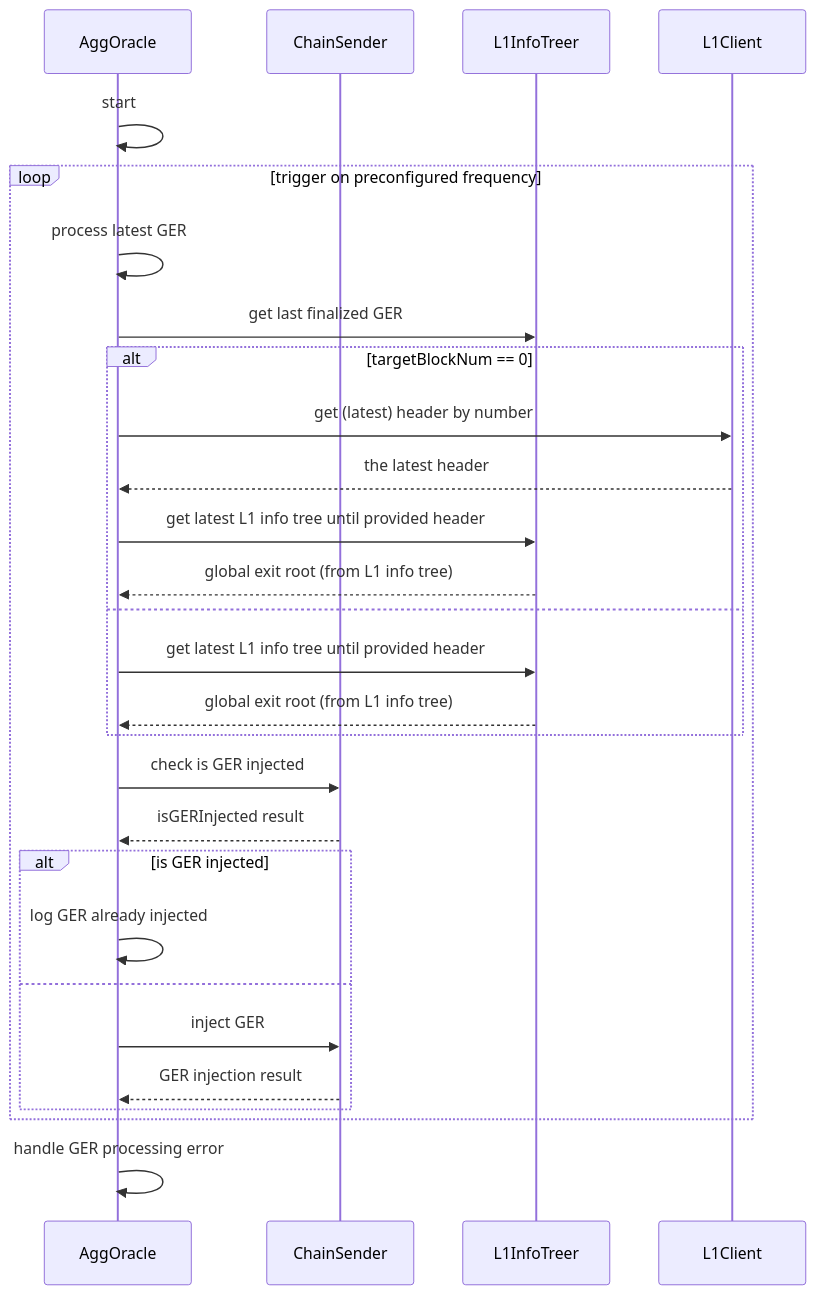
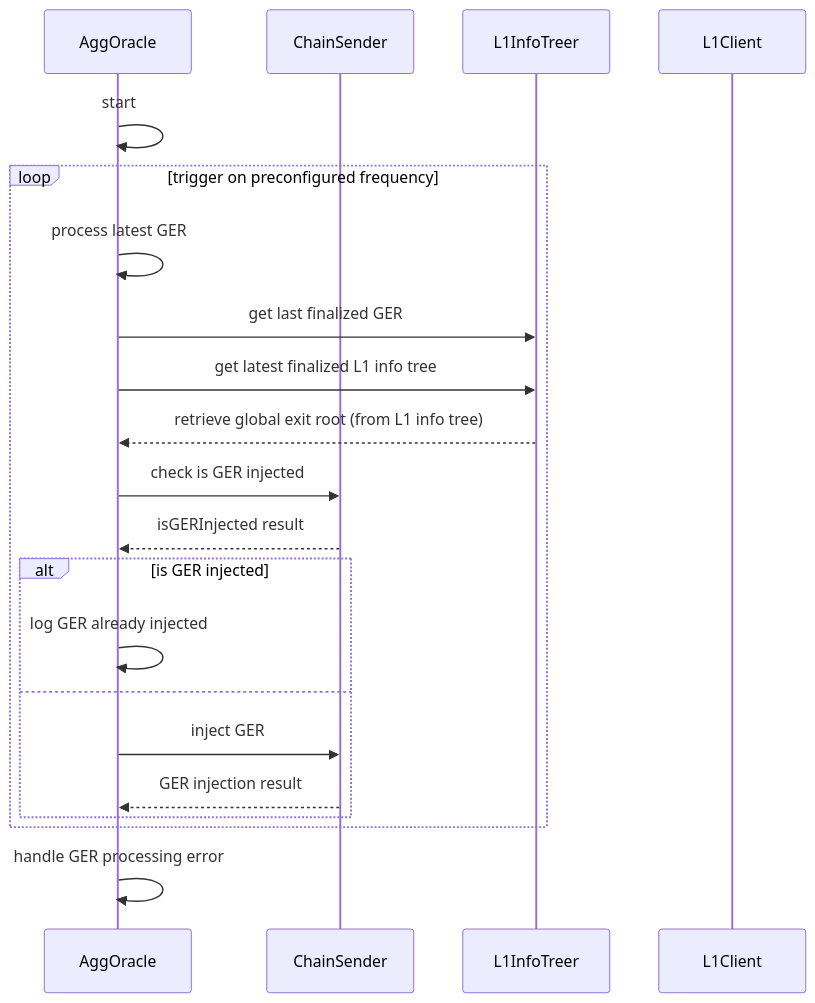
One commit to agglayer/aggkit changed the diagram in docs/aggoracle.md. Above: the diagram before and after it, drawn with Mermaid. The commit also changed other lines of this file, not shown here.

````diff
--- a/docs/aggoracle.md
+++ b/docs/aggoracle.md
@@ -40,31 +40,24 @@
 ```mermaid
 sequenceDiagram
     participant AggOracle
     participant ChainSender
     participant L1InfoTreer
     participant L1Client
 
     AggOracle->>AggOracle: start
     loop trigger on preconfigured frequency
         AggOracle->>AggOracle: process latest GER
         AggOracle->>L1InfoTreer: get last finalized GER
-        alt targetBlockNum == 0
-            AggOracle->>L1Client: get (latest) header by number
-            L1Client-->>AggOracle: the latest header
-            AggOracle->>L1InfoTreer: get latest L1 info tree until provided header
-            L1InfoTreer-->>AggOracle: global exit root (from L1 info tree)
-        else
-            AggOracle->>L1InfoTreer: get latest L1 info tree until provided header
-            L1InfoTreer-->>AggOracle: global exit root (from L1 info tree)
-        end
+        AggOracle->>L1InfoTreer: get latest finalized L1 info tree
+        L1InfoTreer-->>AggOracle: retrieve global exit root (from L1 info tree)
         AggOracle->>ChainSender: check is GER injected
         ChainSender-->>AggOracle: isGERInjected result
         alt is GER injected
             AggOracle->>AggOracle: log GER already injected
         else
             AggOracle->>ChainSender: inject GER
             ChainSender-->>AggOracle: GER injection result
         end
     end
     AggOracle->>AggOracle: handle GER processing error
 ```
````
